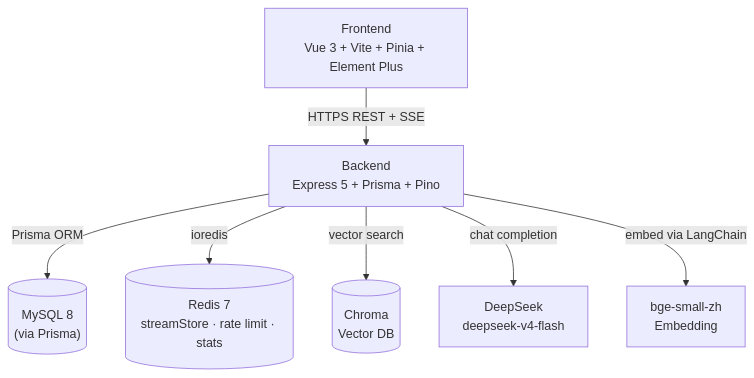
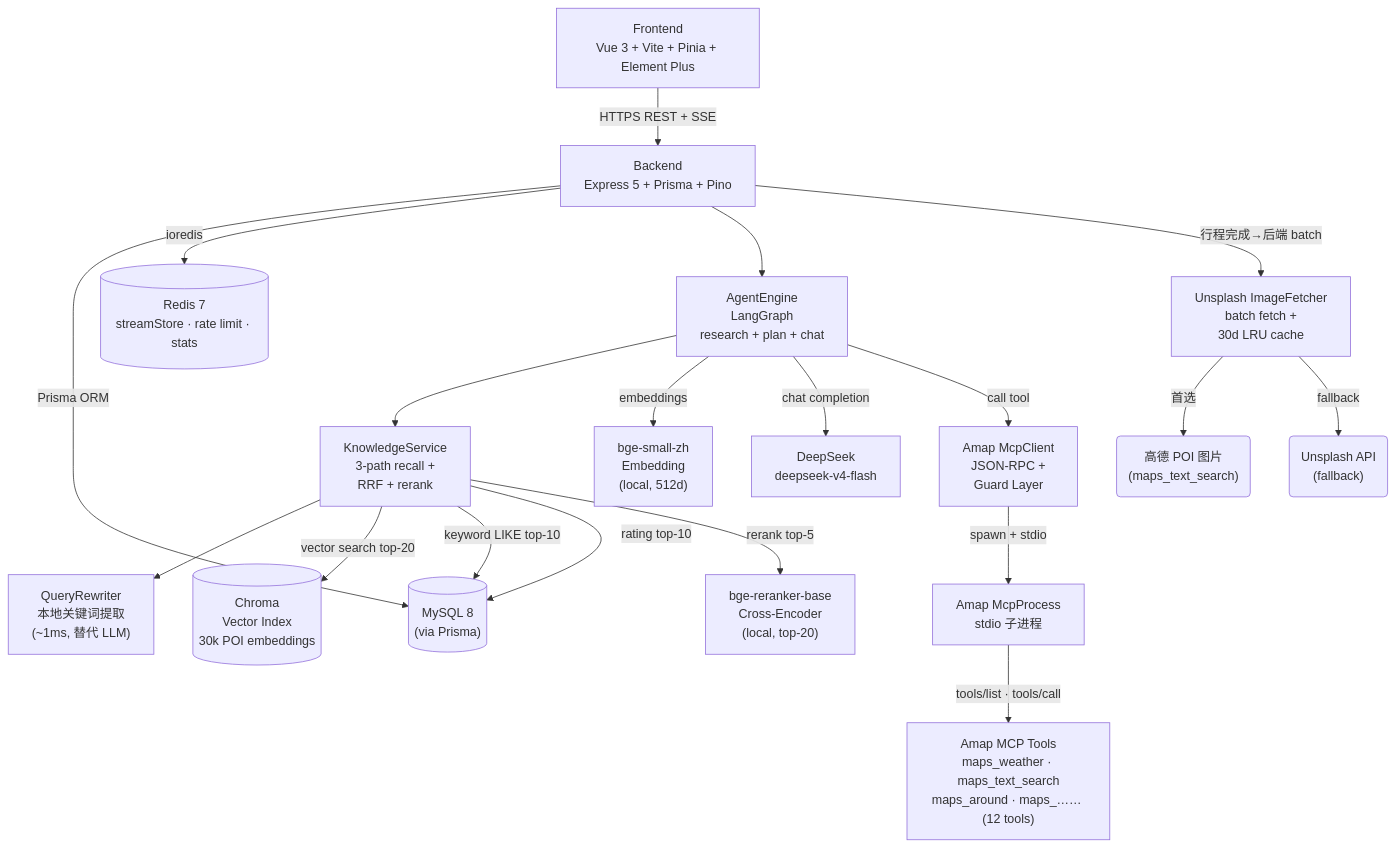
Before and after one commit to wpy2580536181-stack/trip-ai: the first of 5 diagrams in docs/architecture-diagrams.md, drawn with Mermaid. The commit also changed other lines of this file, not shown here.

Commit message:
docs: update architecture diagrams (MCP, Unsplash, Cross-Encoder, local rewriter)

````diff
--- a/docs/architecture-diagrams.md
+++ b/docs/architecture-diagrams.md
@@ -10,17 +10,39 @@
 ```mermaid
 flowchart TB
     FE["Frontend<br/>Vue 3 + Vite + Pinia + Element Plus"]
     BE["Backend<br/>Express 5 + Prisma + Pino"]
     DB[("MySQL 8<br/>(via Prisma)")]
     RD[("Redis 7<br/>streamStore · rate limit · stats")]
-    VC[("Chroma<br/>Vector DB")]
+    VC[("Chroma<br/>Vector Index<br/>30k POI embeddings")]
     LLM["DeepSeek<br/>deepseek-v4-flash"]
-    EMB["bge-small-zh<br/>Embedding"]
+    EMB["bge-small-zh<br/>Embedding<br/>(local, 512d)"]
+    RERANK["bge-reranker-base<br/>Cross-Encoder<br/>(local, top-20)"]
+    AGENT["AgentEngine<br/>LangGraph<br/>research + plan + chat"]
+    RAG["KnowledgeService<br/>3-path recall +<br/>RRF + rerank"]
+    REWRITER["QueryRewriter<br/>本地关键词提取<br/>(~1ms, 替代 LLM)"]
+    MCP_PROC["Amap McpProcess<br/>stdio 子进程"]
+    MCP_CLIENT["Amap McpClient<br/>JSON-RPC +<br/>Guard Layer"]
+    UPL["Unsplash ImageFetcher<br/>batch fetch +<br/>30d LRU cache"]
+    MAPS["Amap MCP Tools<br/>maps_weather · maps_text_search<br/>maps_around · maps_…… (12 tools)"]
+    POI("高德 POI 图片<br/>(maps_text_search)")
+    US("Unsplash API<br/>(fallback)")
 
     FE -->|HTTPS REST + SSE| BE
     BE -->|Prisma ORM| DB
     BE -->|ioredis| RD
-    BE -->|vector search| VC
-    BE -->|chat completion| LLM
-    BE -->|embed via LangChain| EMB
+    BE --> AGENT
+    AGENT --> RAG
+    RAG --> REWRITER
+    RAG -->|vector search top-20| VC
+    RAG -->|keyword LIKE top-10| DB
+    RAG -->|rating top-10| DB
+    RAG -->|rerank top-5| RERANK
+    AGENT -->|embeddings| EMB
+    AGENT -->|chat completion| LLM
+    AGENT -->|call tool| MCP_CLIENT
+    MCP_CLIENT -->|spawn + stdio| MCP_PROC
+    MCP_PROC -->|tools/list · tools/call| MAPS
+    BE -->|行程完成→后端 batch| UPL
+    UPL -->|首选| POI
+    UPL -->|fallback| US
 ```
````
